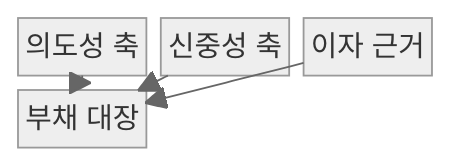
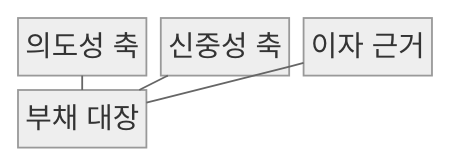
Before and after one commit to agnusdei1207/knowledge-base: the first of 2 diagrams in src/content/docs/notes/03-software/066_technical_debt_quadrant.md, drawn with Mermaid (neutral theme). The commit also changed other lines of this file and 493 other files, not shown here.

````diff
--- a/src/content/docs/notes/03-software/066_technical_debt_quadrant.md
+++ b/src/content/docs/notes/03-software/066_technical_debt_quadrant.md
@@ -69,11 +69,11 @@
 ```mermaid
-block
+block-beta
   columns 3
   I["의도성 축"]
   P["신중성 축"]
   E["이자 근거"]
   R["부채 대장"]
-  I --> R
-  P --> R
-  E --> R
+  I --- R
+  P --- R
+  E --- R
 ```
````
